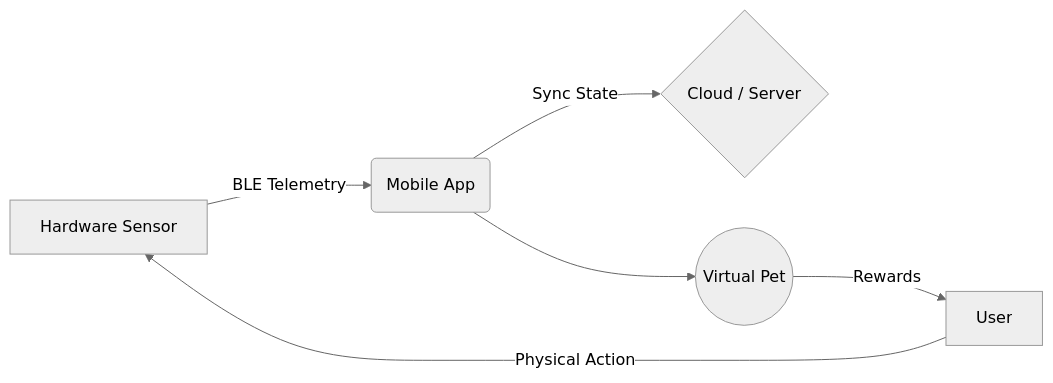
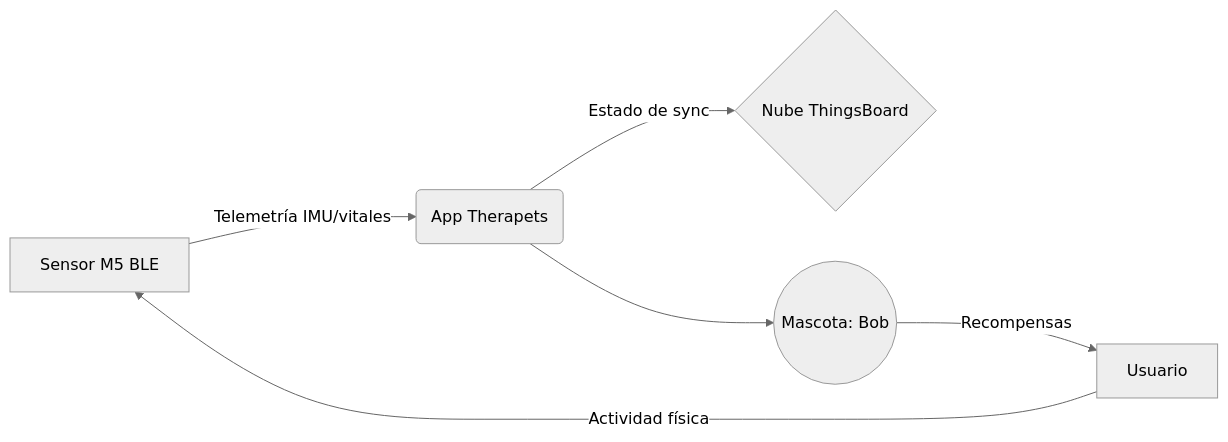
The diagram in docs/index.md (StrawberryFrappe/Therapets), drawn with Mermaid (neutral theme) before and after one commit. The commit also changed other lines of this file and 67 other files, not shown here.

````diff
--- a/docs/index.md
+++ b/docs/index.md
@@ -15,8 +29,8 @@
 ```mermaid
 graph LR
-    A[Hardware Sensor] -->|BLE Telemetry| B(Mobile App)
-    B -->|Sync State| C{Cloud / Server}
-    B --> D((Virtual Pet))
-    D -->|Rewards| E[User]
-    E -->|Physical Action| A
+    A[Sensor M5 BLE] -->|Telemetría IMU/vitales| B(App Therapets)
+    B -->|Estado de sync| C{Nube ThingsBoard}
+    B --> D((Mascota: Bob))
+    D -->|Recompensas| E[Usuario]
+    E -->|Actividad física| A
 ```
````
